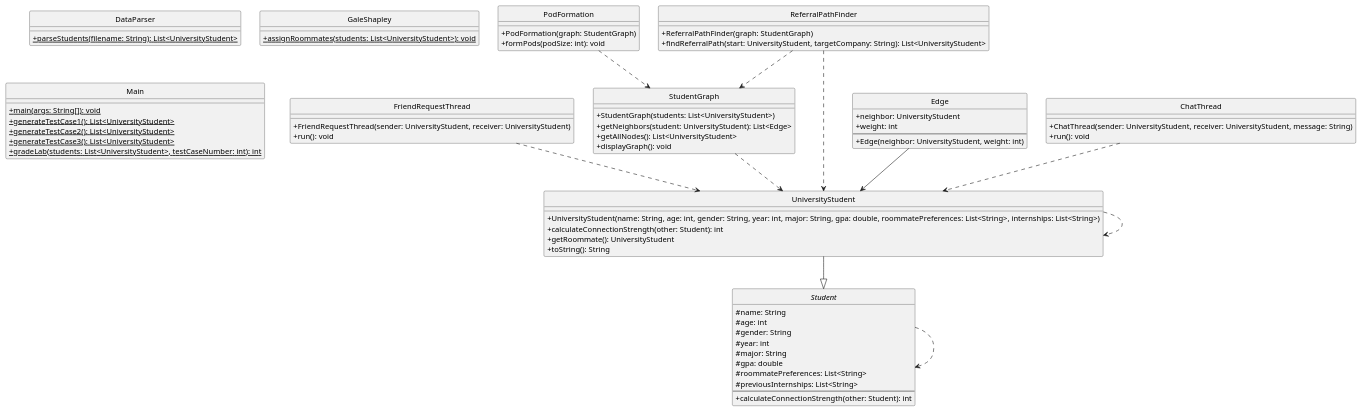
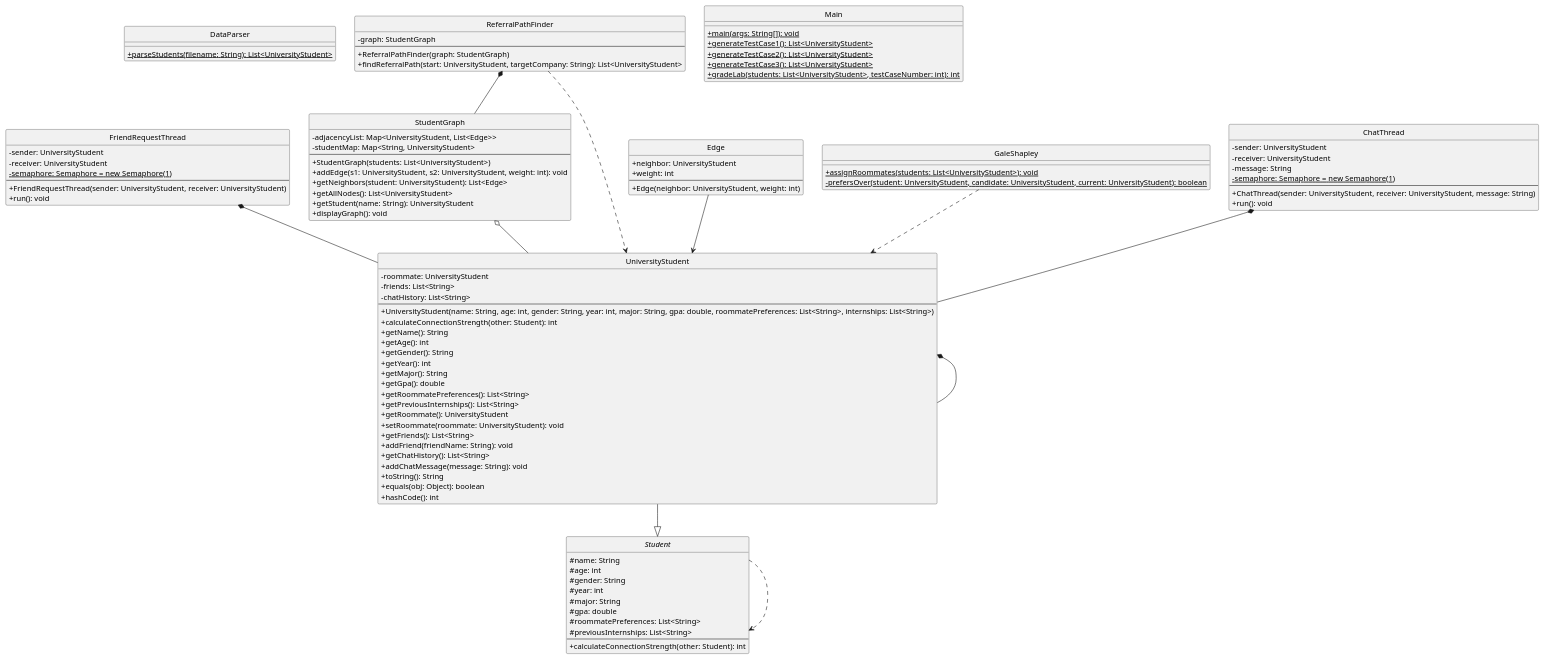
One commit to ananth-abbaraju/LonghornNetwork changed the diagram in output/src.puml. Above: the diagram before and after it, drawn with PlantUML. The commit also changed other lines of this file and 46 other files, not shown here.

```diff
--- a/output/src.puml
+++ b/output/src.puml
@@ -6,85 +6,116 @@
 @startuml
 skinparam classAttributeIconSize 0
 hide circle
 
 class DataParser {
   +{static} parseStudents(filename: String): List<UniversityStudent>
 }
 
 class FriendRequestThread {
+  -sender: UniversityStudent
+  -receiver: UniversityStudent
+  -{static} semaphore: Semaphore = new Semaphore(1)
+  --
   +FriendRequestThread(sender: UniversityStudent, receiver: UniversityStudent)
   +run(): void
 }
 
 class StudentGraph {
+  -adjacencyList: Map<UniversityStudent, List<Edge>>
+  -studentMap: Map<String, UniversityStudent>
+  --
   +StudentGraph(students: List<UniversityStudent>)
+  +addEdge(s1: UniversityStudent, s2: UniversityStudent, weight: int): void
   +getNeighbors(student: UniversityStudent): List<Edge>
   +getAllNodes(): List<UniversityStudent>
+  +getStudent(name: String): UniversityStudent
   +displayGraph(): void
 }
 
 class Edge {
   +neighbor: UniversityStudent
   +weight: int
   --
   +Edge(neighbor: UniversityStudent, weight: int)
 }
 
 class GaleShapley {
   +{static} assignRoommates(students: List<UniversityStudent>): void
-}
-
-class PodFormation {
-  +PodFormation(graph: StudentGraph)
-  +formPods(podSize: int): void
+  -{static} prefersOver(student: UniversityStudent, candidate: UniversityStudent, current: UniversityStudent): boolean
 }
 
 class ReferralPathFinder {
+  -graph: StudentGraph
+  --
   +ReferralPathFinder(graph: StudentGraph)
   +findReferralPath(start: UniversityStudent, targetCompany: String): List<UniversityStudent>
 }
 
 class Main {
   +{static} main(args: String[]): void
   +{static} generateTestCase1(): List<UniversityStudent>
   +{static} generateTestCase2(): List<UniversityStudent>
   +{static} generateTestCase3(): List<UniversityStudent>
   +{static} gradeLab(students: List<UniversityStudent>, testCaseNumber: int): int
 }
 
 class ChatThread {
+  -sender: UniversityStudent
+  -receiver: UniversityStudent
+  -message: String
+  -{static} semaphore: Semaphore = new Semaphore(1)
+  --
   +ChatThread(sender: UniversityStudent, receiver: UniversityStudent, message: String)
   +run(): void
 }
 
 abstract class Student {
   #name: String
   #age: int
   #gender: String
   #year: int
   #major: String
   #gpa: double
   #roommatePreferences: List<String>
   #previousInternships: List<String>
   --
   +calculateConnectionStrength(other: Student): int
 }
 
 class UniversityStudent {
+  -roommate: UniversityStudent
+  -friends: List<String>
+  -chatHistory: List<String>
+  --
   +UniversityStudent(name: String, age: int, gender: String, year: int, major: String, gpa: double, roommatePreferences: List<String>, internships: List<String>)
   +calculateConnectionStrength(other: Student): int
+  +getName(): String
+  +getAge(): int
+  +getGender(): String
+  +getYear(): int
+  +getMajor(): String
+  +getGpa(): double
+  +getRoommatePreferences(): List<String>
+  +getPreviousInternships(): List<String>
   +getRoommate(): UniversityStudent
+  +setRoommate(roommate: UniversityStudent): void
+  +getFriends(): List<String>
+  +addFriend(friendName: String): void
+  +getChatHistory(): List<String>
+  +addChatMessage(message: String): void
   +toString(): String
+  +equals(obj: Object): boolean
+  +hashCode(): int
 }
 
-FriendRequestThread ..> UniversityStudent
-StudentGraph ..> UniversityStudent
+FriendRequestThread *-- UniversityStudent
+StudentGraph o-- UniversityStudent
 Edge --> UniversityStudent
-PodFormation ..> StudentGraph
+GaleShapley ..> UniversityStudent
+ReferralPathFinder *-- StudentGraph
 ReferralPathFinder ..> UniversityStudent
-ReferralPathFinder ..> StudentGraph
-ChatThread ..> UniversityStudent
+ChatThread *-- UniversityStudent
 Student ..> Student
 UniversityStudent --|> Student
-UniversityStudent ..> UniversityStudent
+UniversityStudent *-- UniversityStudent
 @enduml
```
